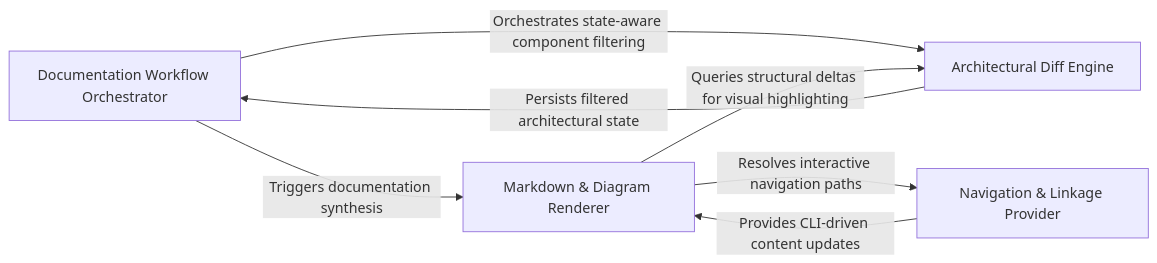
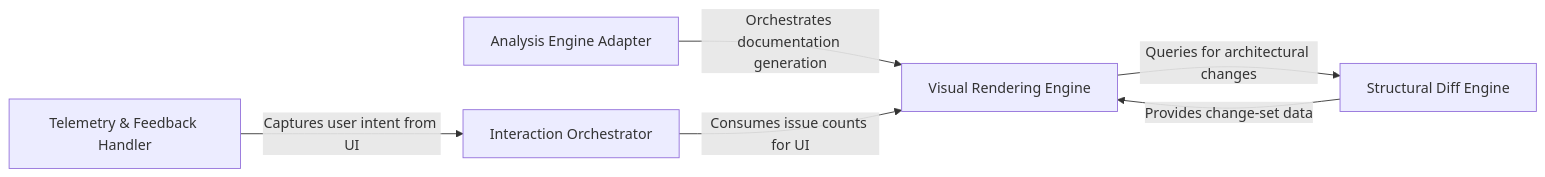
The diagram in docs/development/architecture.md (CodeBoarding/CodeBoarding-action), drawn with Mermaid before and after one commit. The commit also changed other lines of this file and 10 other files, not shown here.

Commit message:
chore(codeboarding): sync architecture baseline

````diff
--- a/docs/development/architecture.md
+++ b/docs/development/architecture.md
@@ -312,13 +1,13 @@
 ```mermaid
 graph LR
-    Documentation_Workflow_Orchestrator["Documentation Workflow Orchestrator"]
-    Architectural_Diff_Engine["Architectural Diff Engine"]
-    Markdown_Diagram_Renderer["Markdown & Diagram Renderer"]
-    Navigation_Linkage_Provider["Navigation & Linkage Provider"]
-    Documentation_Workflow_Orchestrator -- "Orchestrates state-aware component filtering" --> Architectural_Diff_Engine
-    Documentation_Workflow_Orchestrator -- "Triggers documentation synthesis" --> Markdown_Diagram_Renderer
-    Architectural_Diff_Engine -- "Persists filtered architectural state" --> Documentation_Workflow_Orchestrator
-    Markdown_Diagram_Renderer -- "Queries structural deltas for visual highlighting" --> Architectural_Diff_Engine
-    Markdown_Diagram_Renderer -- "Resolves interactive navigation paths" --> Navigation_Linkage_Provider
-    Navigation_Linkage_Provider -- "Provides CLI-driven content updates" --> Markdown_Diagram_Renderer
+    Analysis_Engine_Adapter["Analysis Engine Adapter"]
+    Visual_Rendering_Engine["Visual Rendering Engine"]
+    Structural_Diff_Engine["Structural Diff Engine"]
+    Telemetry_Feedback_Handler["Telemetry & Feedback Handler"]
+    Interaction_Orchestrator["Interaction Orchestrator"]
+    Analysis_Engine_Adapter -- "Orchestrates documentation generation" --> Visual_Rendering_Engine
+    Visual_Rendering_Engine -- "Queries for architectural changes" --> Structural_Diff_Engine
+    Structural_Diff_Engine -- "Provides change-set data" --> Visual_Rendering_Engine
+    Telemetry_Feedback_Handler -- "Captures user intent from UI" --> Interaction_Orchestrator
+    Interaction_Orchestrator -- "Consumes issue counts for UI" --> Visual_Rendering_Engine
 ```
````
